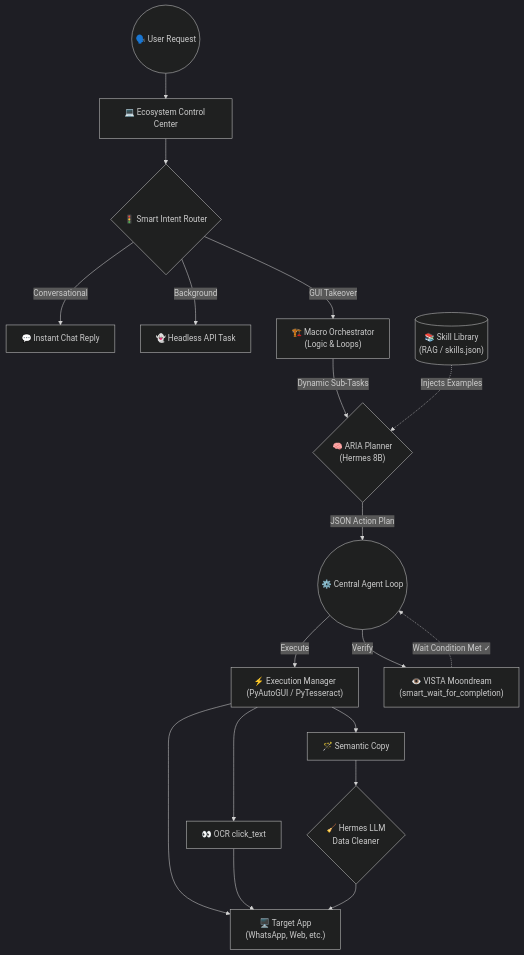
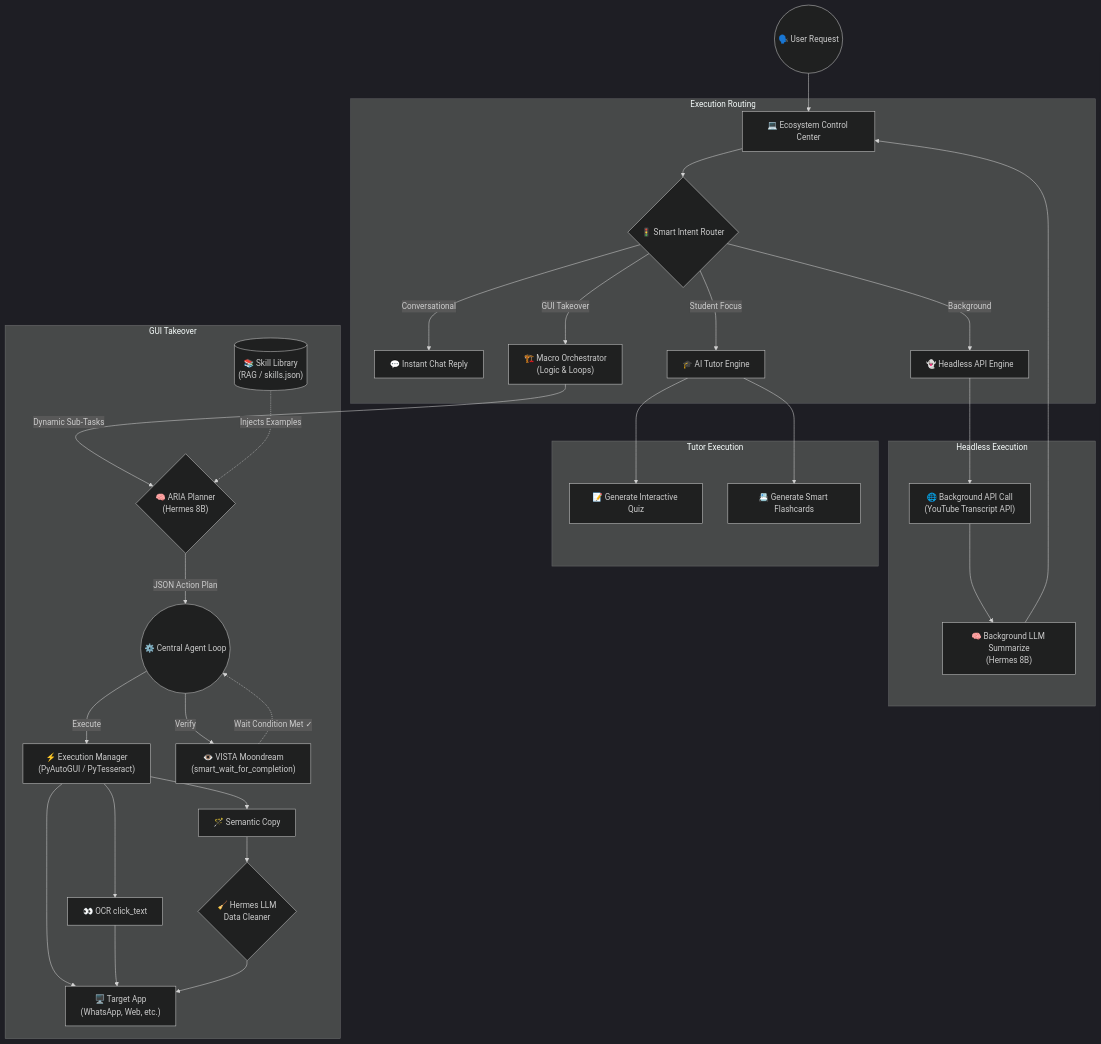
Before and after one commit to Anikesh0415/Servent-AI: the diagram in README.md, drawn with Mermaid (dark theme). The commit also changed 3 other files, not shown here.

Commit message:
feat(core): implement HeadlessExecutor for silent API tasks and LLM summarization, expand architecture flowchart

````diff
--- a/README.md
+++ b/README.md
@@ -30,28 +30,42 @@
 ```mermaid
 graph TD
     User(("🗣️ User Request")) --> UI["💻 Ecosystem Control Center"]
-    UI --> Router{"🚦 Smart Intent Router"}
     
-    Router -->|Conversational| ChatResponse["💬 Instant Chat Reply"]
-    Router -->|Background| HeadlessWorker["👻 Headless API Task"]
-    Router -->|GUI Takeover| Macro["🏗️ Macro Orchestrator\n(Logic & Loops)"]
+    subgraph Execution Routing
+        UI --> Router{"🚦 Smart Intent Router"}
+        Router -->|Conversational| ChatResponse["💬 Instant Chat Reply"]
+        Router -->|Background| HeadlessWorker["👻 Headless API Engine"]
+        Router -->|GUI Takeover| Macro["🏗️ Macro Orchestrator\n(Logic & Loops)"]
+        Router -->|Student Focus| StudentEngine["🎓 AI Tutor Engine"]
+    end
     
-    Macro -->|Dynamic Sub-Tasks| Planner{"🧠 ARIA Planner\n(Hermes 8B)"}
-    SkillDB[("📚 Skill Library\n(RAG / skills.json)")] -.->|Injects Examples| Planner
+    subgraph Headless Execution
+        HeadlessWorker --> FetchAPI["🌐 Background API Call\n(YouTube Transcript API)"]
+        FetchAPI --> LLMSummarize["🧠 Background LLM Summarize\n(Hermes 8B)"]
+        LLMSummarize --> UI
+    end
     
-    Planner -->|JSON Action Plan| AgentLoop(("⚙️ Central Agent Loop"))
+    subgraph Tutor Execution
+        StudentEngine --> QuizGen["📝 Generate Interactive Quiz"]
+        StudentEngine --> FlashcardGen["📇 Generate Smart Flashcards"]
+    end
     
-    AgentLoop -->|Execute| ExecMgr["⚡ Execution Manager\n(PyAutoGUI / PyTesseract)"]
-    AgentLoop -->|Verify| VistaWait["👁️ VISTA Moondream\n(smart_wait_for_completion)"]
-    
-    VistaWait -.->|Wait Condition Met ✓| AgentLoop
-    
-    ExecMgr --> TargetApp["🖥️ Target App\n(WhatsApp, Web, etc.)"]
-    
-    ExecMgr --> OCRClick["👀 OCR click_text"]
-    OCRClick --> TargetApp
-    
-    ExecMgr --> SemanticCopy["🪄 Semantic Copy"]
-    SemanticCopy --> HermesFilter{"🧹 Hermes LLM\nData Cleaner"}
-    HermesFilter --> TargetApp
+    subgraph GUI Takeover
+        Macro -->|Dynamic Sub-Tasks| Planner{"🧠 ARIA Planner\n(Hermes 8B)"}
+        SkillDB[("📚 Skill Library\n(RAG / skills.json)")] -.->|Injects Examples| Planner
+        
+        Planner -->|JSON Action Plan| AgentLoop(("⚙️ Central Agent Loop"))
+        
+        AgentLoop -->|Execute| ExecMgr["⚡ Execution Manager\n(PyAutoGUI / PyTesseract)"]
+        AgentLoop -->|Verify| VistaWait["👁️ VISTA Moondream\n(smart_wait_for_completion)"]
+        
+        VistaWait -.->|Wait Condition Met ✓| AgentLoop
+        
+        ExecMgr --> TargetApp["🖥️ Target App\n(WhatsApp, Web, etc.)"]
+        ExecMgr --> OCRClick["👀 OCR click_text"]
+        OCRClick --> TargetApp
+        ExecMgr --> SemanticCopy["🪄 Semantic Copy"]
+        SemanticCopy --> HermesFilter{"🧹 Hermes LLM\nData Cleaner"}
+        HermesFilter --> TargetApp
+    end
 ```
````
